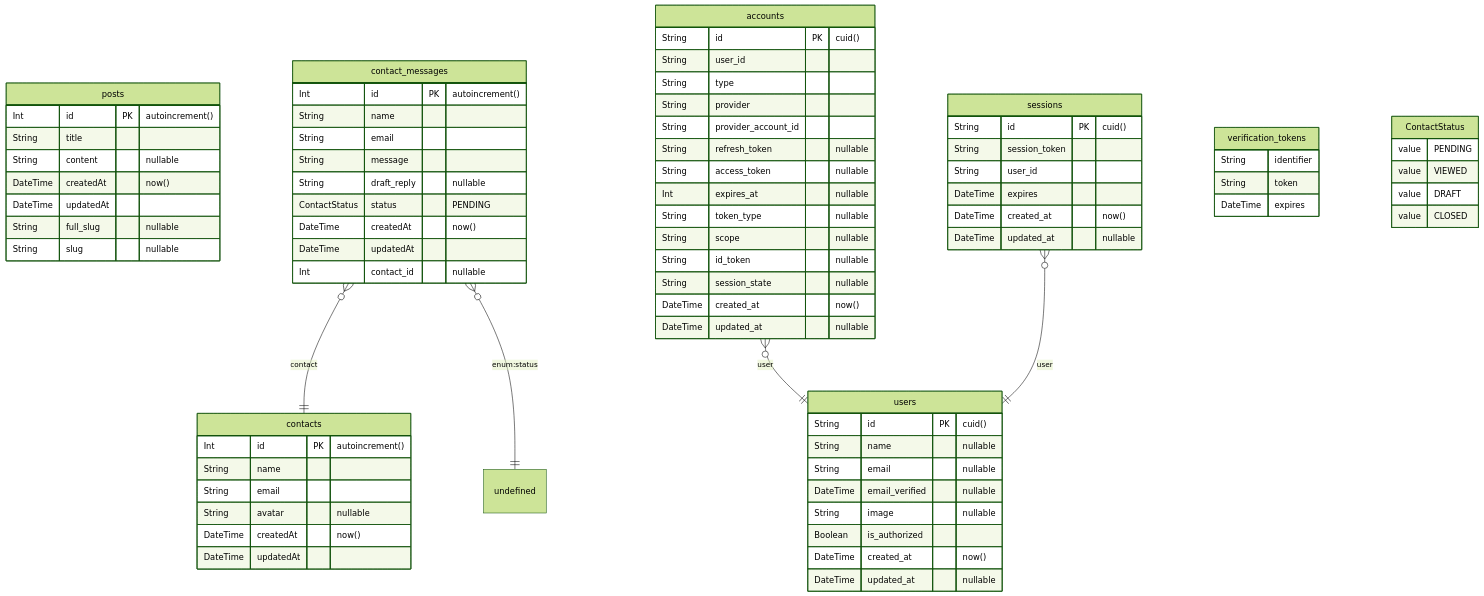
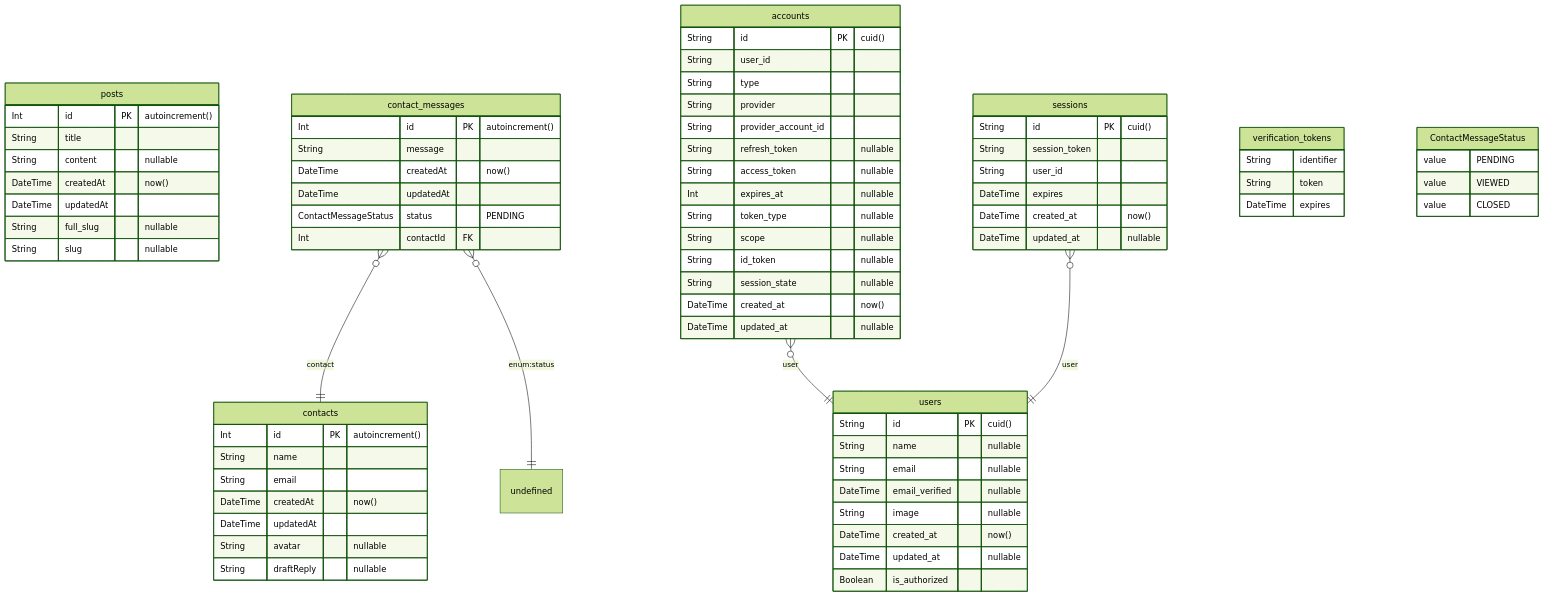
Before and after one commit to boleknowak/piotrdoniak.com: the diagram in prisma/ERD.md, drawn with Mermaid (forest theme). The commit also changed 10 other files, not shown here.

Commit message:
:tada: updated messages system - added group by email - rewrited selecting, updating, marking messages - changed returned data from api - added updating name on sending message - added Avatar component - changed database schema

````diff
--- a/prisma/ERD.md
+++ b/prisma/ERD.md
@@ -1,81 +1,78 @@
 ```mermaid
 erDiagram
 	posts {
 		Int id PK  "autoincrement()"
 		String title
 		String content  "nullable"
 		DateTime createdAt  "now()"
 		DateTime updatedAt
 		String full_slug  "nullable"
 		String slug  "nullable"
 	}
 	contacts {
 		Int id PK  "autoincrement()"
 		String name
 		String email
-		String avatar  "nullable"
 		DateTime createdAt  "now()"
 		DateTime updatedAt
+		String avatar  "nullable"
+		String draftReply  "nullable"
 	}
 	contact_messages {
 		Int id PK  "autoincrement()"
-		String name
-		String email
 		String message
-		String draft_reply  "nullable"
-		ContactStatus status "PENDING"
 		DateTime createdAt  "now()"
 		DateTime updatedAt
-		Int contact_id  "nullable"
+		ContactMessageStatus status "PENDING"
+		Int contactId FK
 	}
 	accounts {
 		String id PK  "cuid()"
 		String user_id
 		String type
 		String provider
 		String provider_account_id
 		String refresh_token  "nullable"
 		String access_token  "nullable"
 		Int expires_at  "nullable"
 		String token_type  "nullable"
 		String scope  "nullable"
 		String id_token  "nullable"
 		String session_state  "nullable"
 		DateTime created_at  "now()"
 		DateTime updated_at  "nullable"
 	}
 	sessions {
 		String id PK  "cuid()"
 		String session_token
 		String user_id
 		DateTime expires
 		DateTime created_at  "now()"
 		DateTime updated_at  "nullable"
 	}
 	users {
 		String id PK  "cuid()"
 		String name  "nullable"
 		String email  "nullable"
 		DateTime email_verified  "nullable"
 		String image  "nullable"
-		Boolean is_authorized
 		DateTime created_at  "now()"
 		DateTime updated_at  "nullable"
+		Boolean is_authorized
 	}
 	verification_tokens {
 		String identifier
 		String token
 		DateTime expires
 	}
-	ContactStatus {
+	ContactMessageStatus {
 		value PENDING
 		value VIEWED
-		value DRAFT
 		value CLOSED
 	}
 	contact_messages }o--|| contacts : contact
 	contact_messages }o--|| undefined : "enum:status"
 	accounts }o--|| users : user
 	sessions }o--|| users : user
 
 ```
````
